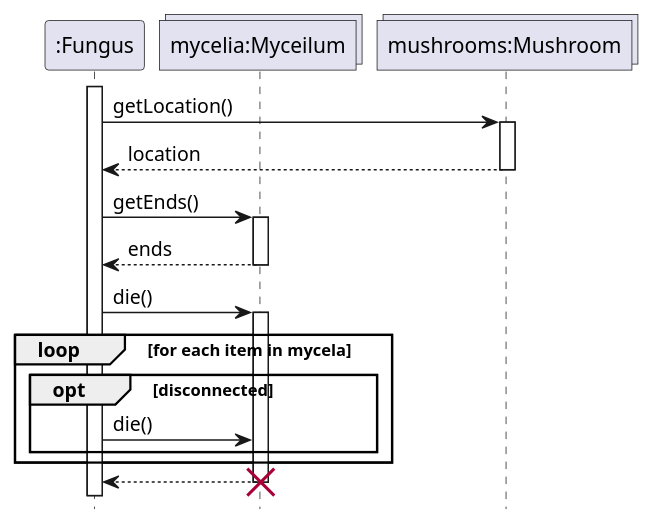
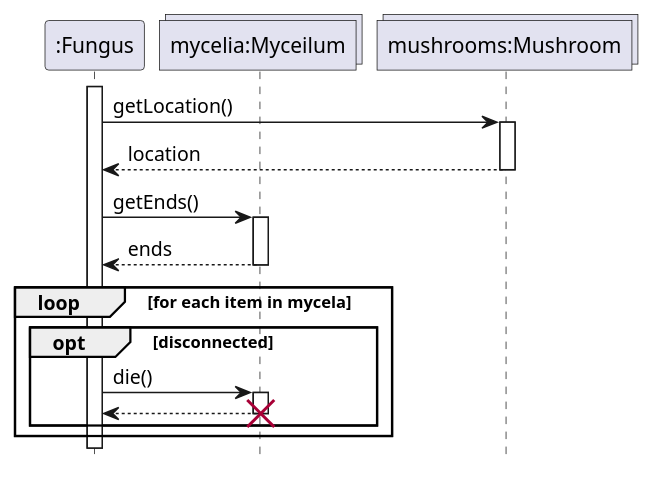
One commit to ZD4ve/projlab-error521 changed the diagram in Fungus/check-connectivity.pu. Above: the diagram before and after it, drawn with PlantUML. The commit also changed 14 other files, not shown here.

```diff
--- a/Fungus/check-connectivity.pu
+++ b/Fungus/check-connectivity.pu
@@ -1,50 +1,28 @@
 @startuml Fungus/check-connectivity
 hide footbox
 
 participant ":Fungus" as fungus
 collections "mycelia:Myceilum" as mycelium
 collections "mushrooms:Mushroom" as mushroom
 
-'Dávid:
-' hmm, a Fungusnak nincs ilyen függvénye
-'!! vagy kerüljön be az osztálydiagramba vagy ne legyen itt
-' VAGY mivel ez csak ref ként van, ezért nincs bejövő esemény csak beemeljük már élő lifelineba?
-
-/'Panni:
-szerintem jó így h ki van kommentezve a "-> fungus : checkConnectivity()", eredetileg az lett volna a terv, h a Fungusnak van egy ilyen függvénye, de végül nem lett megvalósítva
-én azt privát fgvként képzeltem, h azt magának küldi, de mivel azokat nem jelöljük, így jó
-ha kiszedjük teljesen
-'/
-
-'-> fungus : checkConnectivity()
 activate fungus
 
 fungus -> mushroom : getLocation()
 activate mushroom
 return location
 
 fungus -> mycelium : getEnds()
 activate mycelium
 return ends
 
-' ezt opt-ba? mert nem mindegyikre hívja meg
-' opt feltétele vagy semmi, vagy valami szöveg pl. "disconnected from Mushrooms"
-'Panni: hmm hát lehet igazad van, de ha nagyon technikaik akarunk  lenni akkor egy ilyen
-'   loopos megoldás nem jobb? mert ha az optban van, akkor az összes myceliumra meghícom/nem hívom, 
-'   de ha a loopban van, akkor csak azokra, amikre szükség van
-fungus -> mycelium : die()
-
-activate mycelium
 
 loop for each item in mycela
     opt disconnected
         fungus -> mycelium : die()
+        activate mycelium
+        return
+        destroy mycelium
     end
 end
 
-return
-destroy mycelium
-
-'return
-
 @enduml
```
